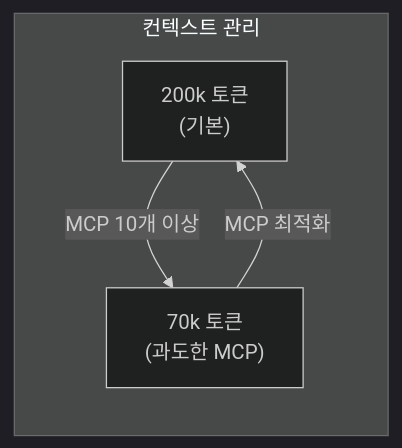
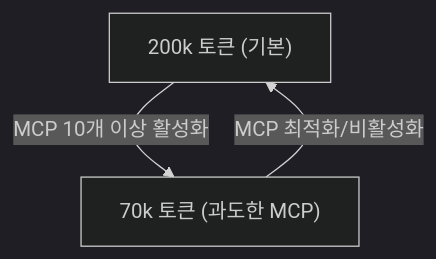
Before and after one commit to K-Diger/k-diger.github.io: the third of 3 diagrams in _posts/2026-01-27-everything-claude-code.md, drawn with Mermaid (dark theme). The commit also changed other lines of this file and 13 other files, not shown here.

````diff
--- a/_posts/2026-01-27-everything-claude-code.md
+++ b/_posts/2026-01-27-everything-claude-code.md
@@ -223,10 +228,8 @@
 ```mermaid
-flowchart LR
-    subgraph Context["컨텍스트 관리"]
-        Full["200k 토큰<br/>(기본)"]
-        Reduced["70k 토큰<br/>(과도한 MCP)"]
-    end
+flowchart TB
+    Full["200k 토큰 (기본)"]
+    Reduced["70k 토큰 (과도한 MCP)"]
 
-    Full -->|"MCP 10개 이상"| Reduced
-    Reduced -->|"MCP 최적화"| Full
+    Full -->|MCP 10개 이상 활성화| Reduced
+    Reduced -->|MCP 최적화/비활성화| Full
 ```
````
